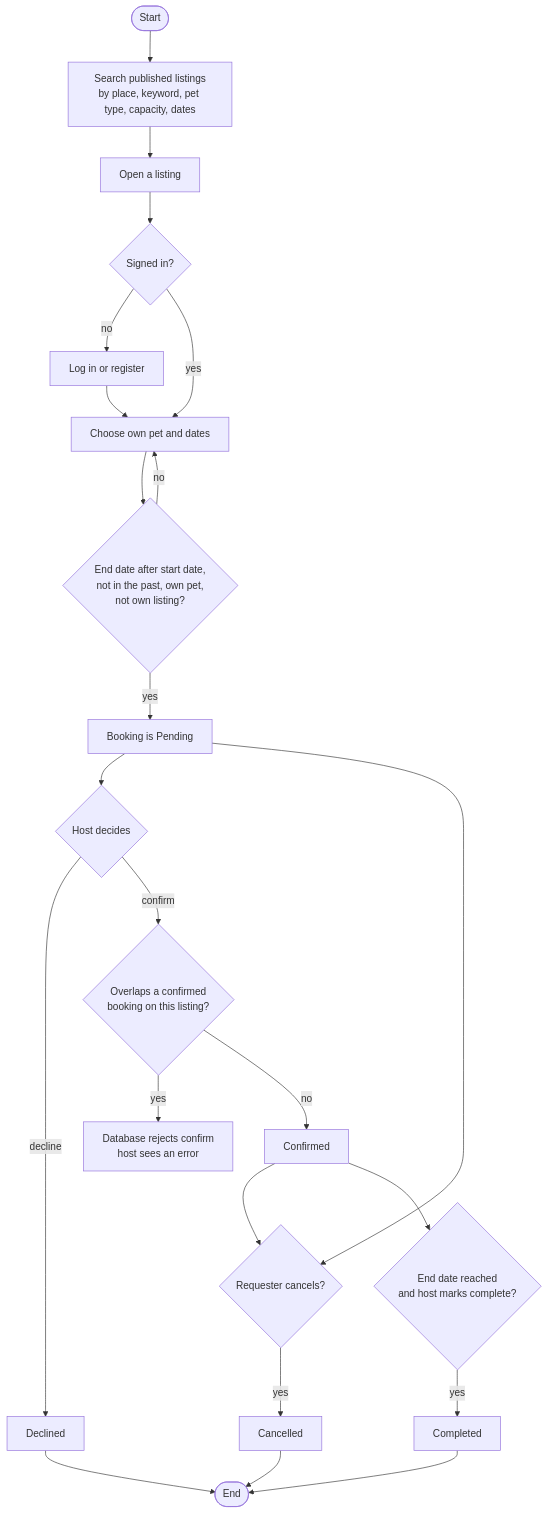
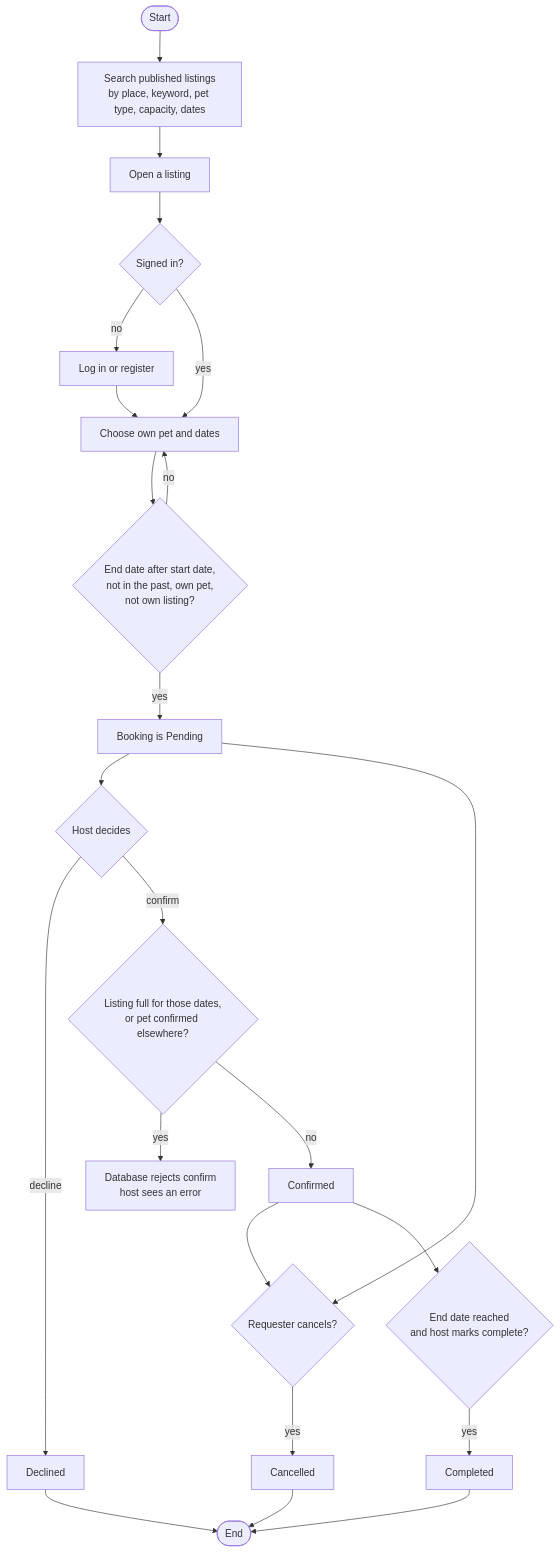
One commit to ziannsnp/petswap changed the second of 13 diagrams in docs/design-document.md. Above: the diagram before and after it, drawn with Mermaid. The commit also changed other lines of this file and 3 other files, not shown here.

````diff
--- a/docs/design-document.md
+++ b/docs/design-document.md
@@ -57,24 +57,24 @@
 ```mermaid
 flowchart TD
     A([Start]) --> B[Search published listings<br/>by place, keyword, pet type, capacity, dates]
     B --> C[Open a listing]
     C --> D{Signed in?}
     D -- no --> E[Log in or register] --> F
     D -- yes --> F[Choose own pet and dates]
     F --> G{End date after start date,<br/>not in the past, own pet,<br/>not own listing?}
     G -- no --> F
     G -- yes --> H[Booking is Pending]
     H --> I{Host decides}
     I -- decline --> J[Declined]
-    I -- confirm --> K{Overlaps a confirmed<br/>booking on this listing?}
+    I -- confirm --> K{Listing full for those dates,<br/>or pet confirmed elsewhere?}
     K -- yes --> L[Database rejects confirm<br/>host sees an error]
     K -- no --> M[Confirmed]
     H --> N{Requester cancels?}
     M --> N
     N -- yes --> O[Cancelled]
     M --> P{End date reached<br/>and host marks complete?}
     P -- yes --> Q[Completed]
     J --> Z([End])
     O --> Z
     Q --> Z
 ```
````
